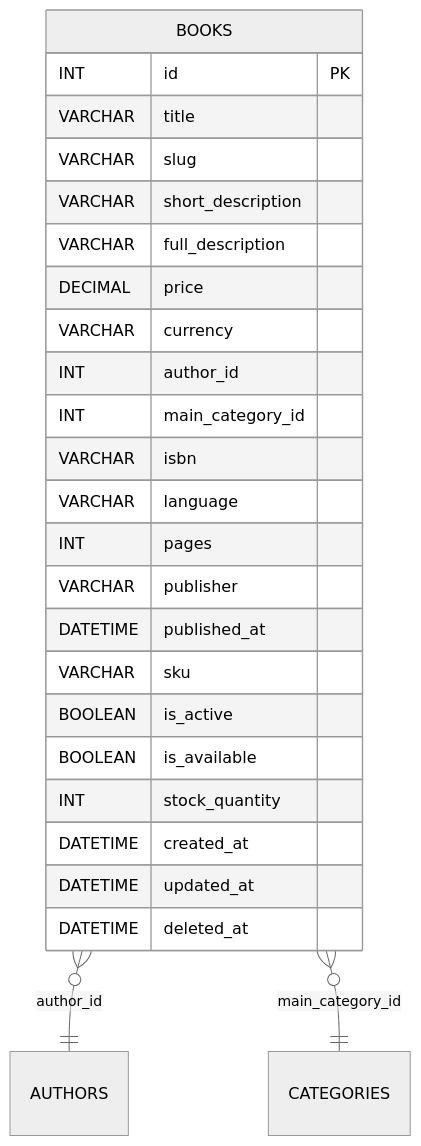
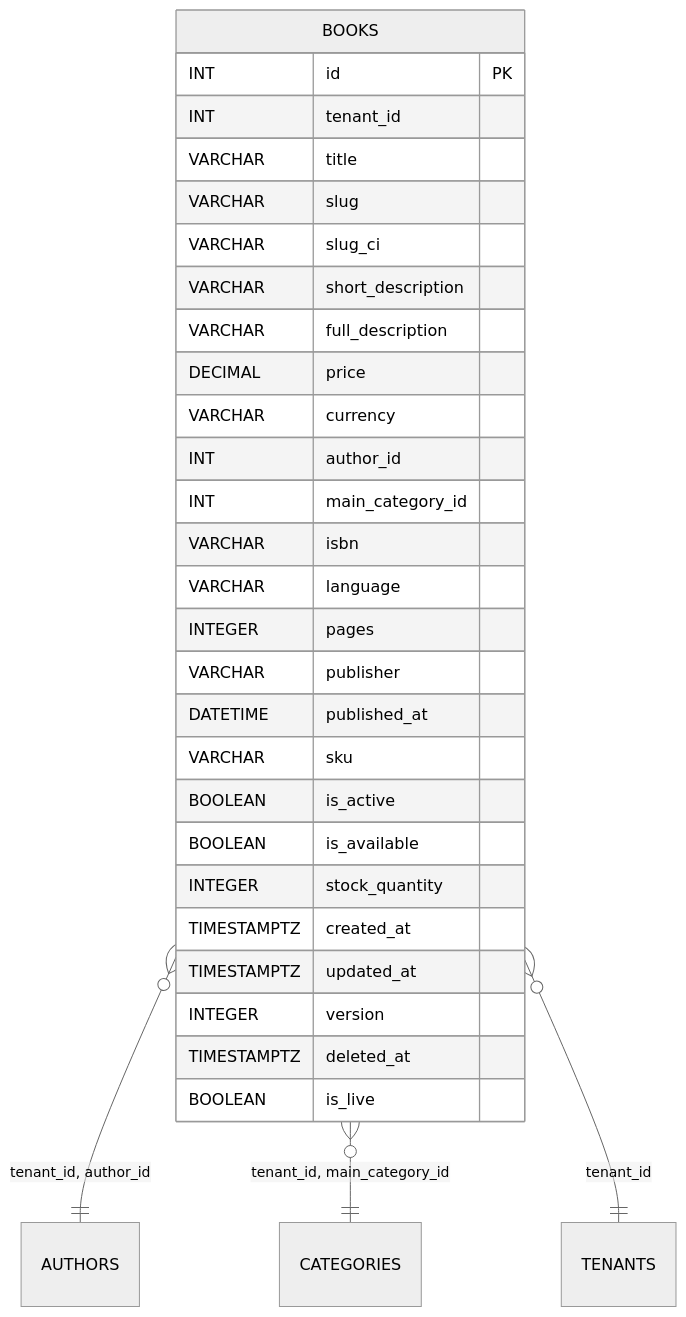
One commit to blackcatdatabase/table-books changed the diagram in README.md. Above: the diagram before and after it, drawn with Mermaid (neutral theme). The commit also changed other lines of this file and 21 other files, not shown here.

Commit message:
regen schema (#1)

````diff
--- a/README.md
+++ b/README.md
@@ -68,28 +76,33 @@
 ```mermaid
 erDiagram
   BOOKS {
     INT id PK
+    INT tenant_id
     VARCHAR title
     VARCHAR slug
+    VARCHAR slug_ci
     VARCHAR short_description
     VARCHAR full_description
     DECIMAL price
     VARCHAR currency
     INT author_id
     INT main_category_id
     VARCHAR isbn
     VARCHAR language
-    INT pages
+    INTEGER pages
     VARCHAR publisher
     DATETIME published_at
     VARCHAR sku
     BOOLEAN is_active
     BOOLEAN is_available
-    INT stock_quantity
-    DATETIME created_at
-    DATETIME updated_at
-    DATETIME deleted_at
+    INTEGER stock_quantity
+    TIMESTAMPTZ created_at
+    TIMESTAMPTZ updated_at
+    INTEGER version
+    TIMESTAMPTZ deleted_at
+    BOOLEAN is_live
   }
-  BOOKS }o--|| AUTHORS : "author_id"
-  BOOKS }o--|| CATEGORIES : "main_category_id"
+  BOOKS }o--|| AUTHORS : "tenant_id, author_id"
+  BOOKS }o--|| CATEGORIES : "tenant_id, main_category_id"
+  BOOKS }o--|| TENANTS : "tenant_id"
 ```
````
